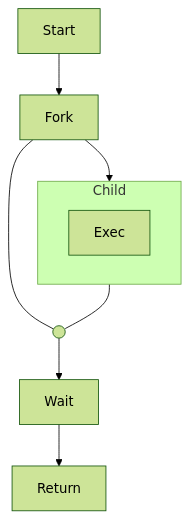
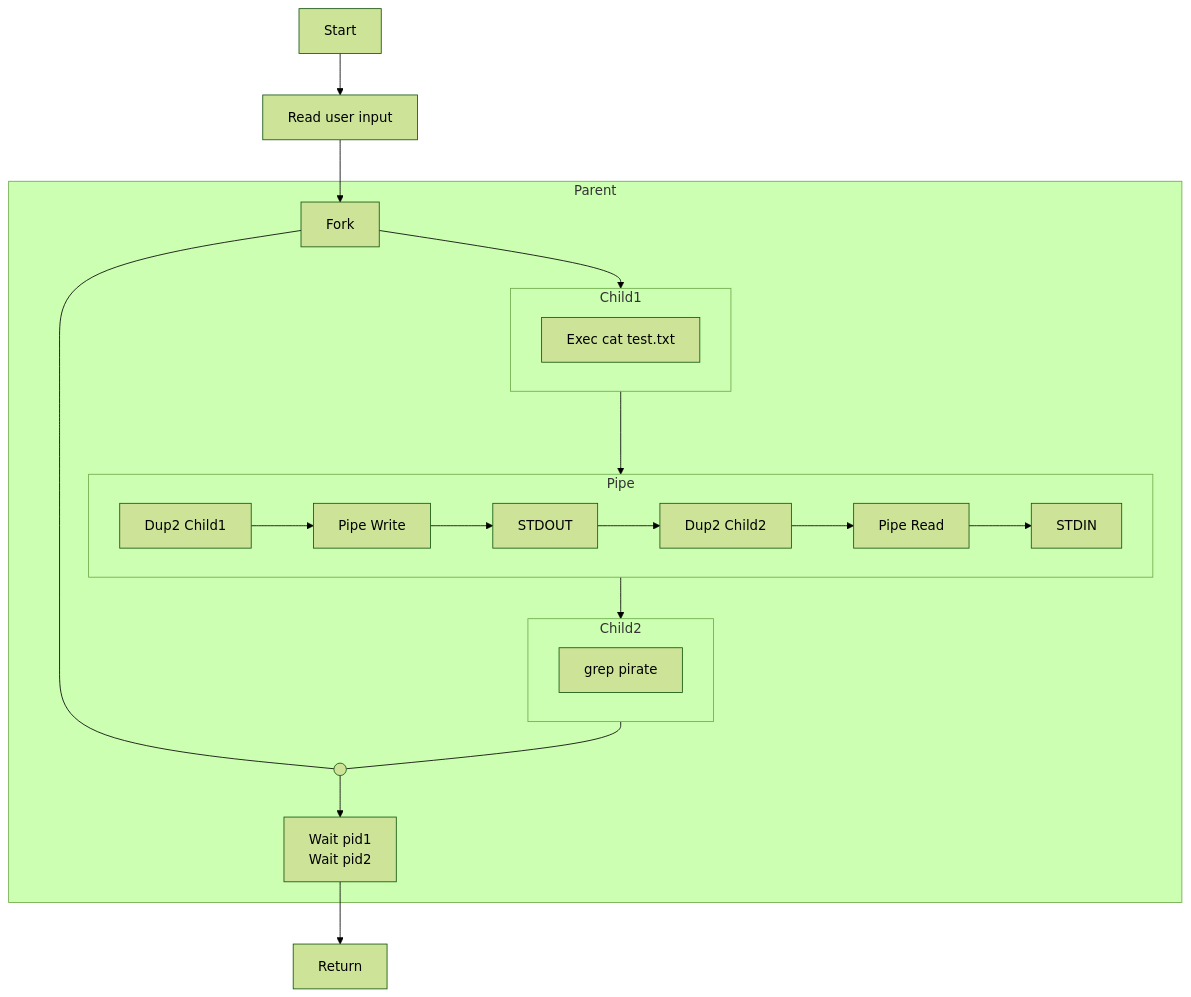
Before and after one commit to naviopirata/42-minishell: the diagram in notes/draw_/draw_ v0 Exec mock.md, drawn with Mermaid (forest theme). The commit also changed 4 other files, not shown here.

````diff
--- a/notes/draw_/draw_ v0 Exec mock.md
+++ b/notes/draw_/draw_ v0 Exec mock.md
@@ -12,17 +12,40 @@
 ```mermaid
 	flowchart TD
 	c1(( ))
+	Wait["Wait pid1\n Wait pid2"]
 
 	Start -->
-	Fork --- c1
-	Fork --> Child
+	Read["Read user input"] -->
+	Fork
 
-	Child ---
-	c1 -->
 	Wait -->
 	Return
+	subgraph Parent
+		Fork --- c1
+		Fork --> Child1
+	
+		Child1 --->
+		Pipe -->
+		Child2 ---
+		c1 -->
+		Wait
+	end
+	
 
-	subgraph Child
-		Exec
+	subgraph Child1
+		Execcat["Exec cat test.txt"]
+	end
+
+	subgraph Child2
+		Execgrep["grep pirate"]
+	end
+
+	subgraph Pipe
+		dup2child1["Dup2 Child1"] -->
+		pipew["Pipe Write"] -->
+		stdout["STDOUT"] -->
+		dup2child2["Dup2 Child2"] -->
+		piper["Pipe Read"] -->
+		stdin["STDIN"]
 	end
 ```
````
